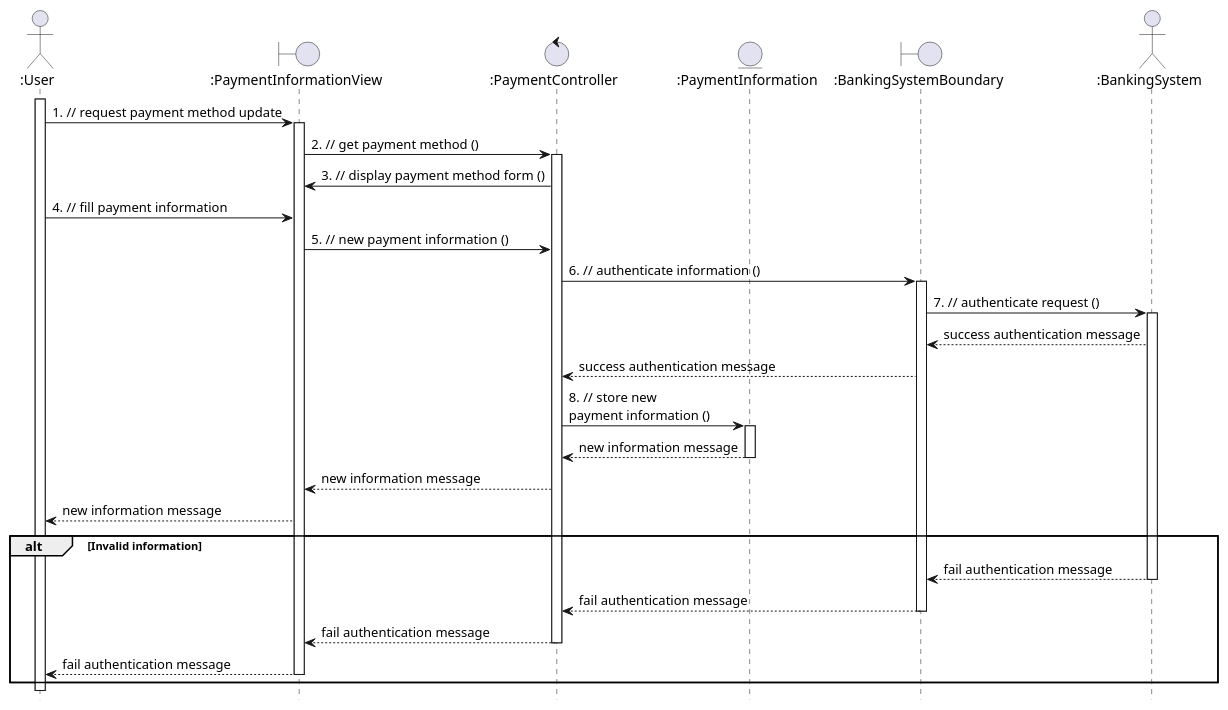
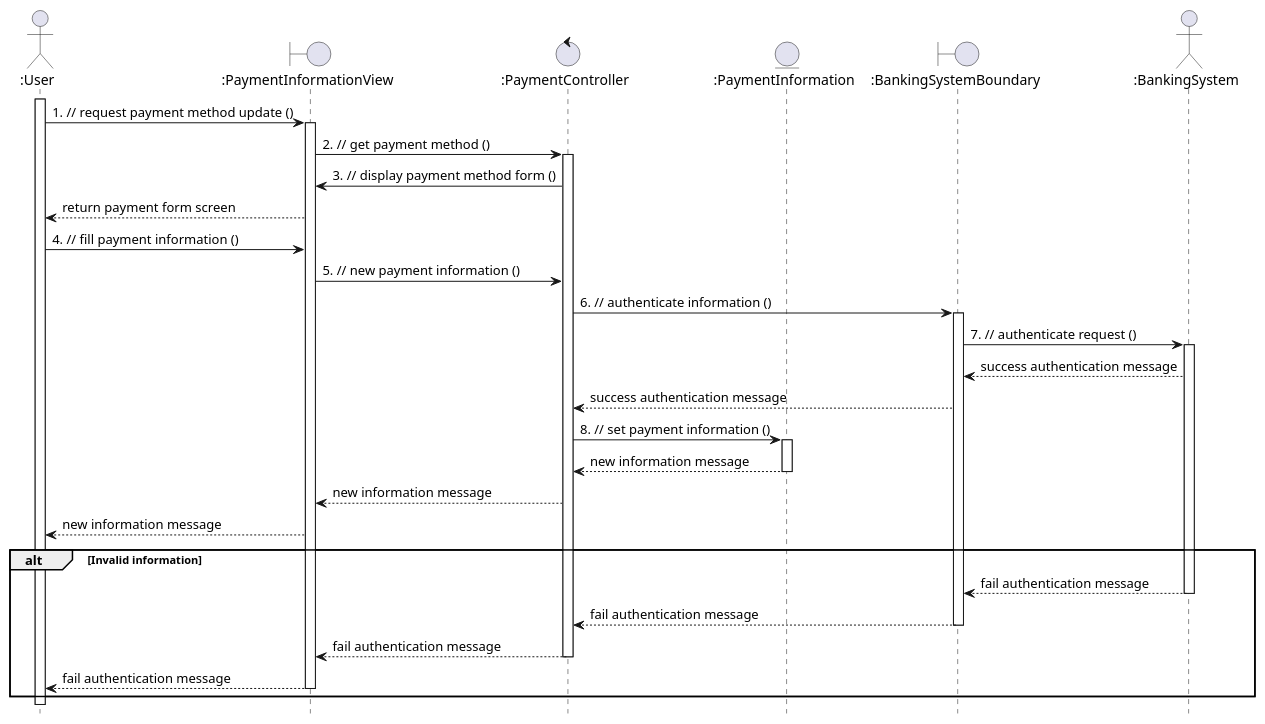
One commit to anhbanlinhle/velocity-exchange changed the diagram in uml/analysis/sequence/update_payment_information.pu. Above: the diagram before and after it, drawn with PlantUML. The commit also changed 5 other files, not shown here.

Commit message:
doc[lynn]: fix analysis sequences

```diff
--- a/uml/analysis/sequence/update_payment_information.pu
+++ b/uml/analysis/sequence/update_payment_information.pu
@@ -1,48 +1,49 @@
 @startuml
 hide footbox
 
 
 actor ":User" as User
 boundary ":PaymentInformationView" as PaymentInformationView
 control ":PaymentController" as PaymentController
 entity ":PaymentInformation" as PaymentInformation
 boundary ":BankingSystemBoundary" as BankingSystemBoundary
 actor ":BankingSystem" as BankingSystem
 
 User ++
-  User -> PaymentInformationView : 1. // request payment method update
+  User -> PaymentInformationView : 1. // request payment method update ()
   activate PaymentInformationView
     PaymentInformationView -> PaymentController : 2. // get payment method ()
     activate PaymentController
       PaymentController -> PaymentInformationView: 3. // display payment method form ()
-  User -> PaymentInformationView: 4. // fill payment information
+      PaymentInformationView --> User: return payment form screen
+  User -> PaymentInformationView: 4. // fill payment information ()
     PaymentInformationView -> PaymentController: 5. // new payment information ()
       PaymentController -> BankingSystemBoundary: 6. // authenticate information ()
       activate BankingSystemBoundary
         BankingSystemBoundary -> BankingSystem: 7. // authenticate request ()
         activate BankingSystem
           BankingSystem --> BankingSystemBoundary: success authentication message
         BankingSystemBoundary --> PaymentController: success authentication message
-      PaymentController -> PaymentInformation: 8. // store new \npayment information ()
+      PaymentController -> PaymentInformation: 8. // set payment information ()
       activate PaymentInformation
         PaymentInformation --> PaymentController: new information message
       deactivate PaymentInformation
       PaymentController --> PaymentInformationView: new information message
     PaymentInformationView --> User: new information message
 
 alt Invalid information
   
   BankingSystem --> BankingSystemBoundary: fail authentication message
   BankingSystem --
     BankingSystemBoundary --> PaymentController: fail authentication message
     
   deactivate BankingSystemBoundary
     PaymentController --> PaymentInformationView: fail authentication message
     
   deactivate PaymentController
     PaymentInformationView --> User: fail authentication message
     
   deactivate PaymentInformationView
 end
 
 @enduml
```
